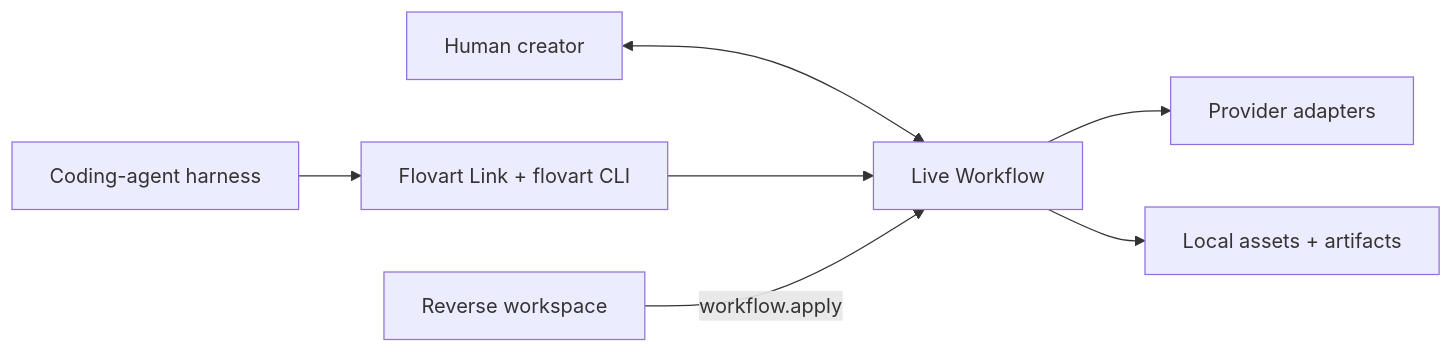
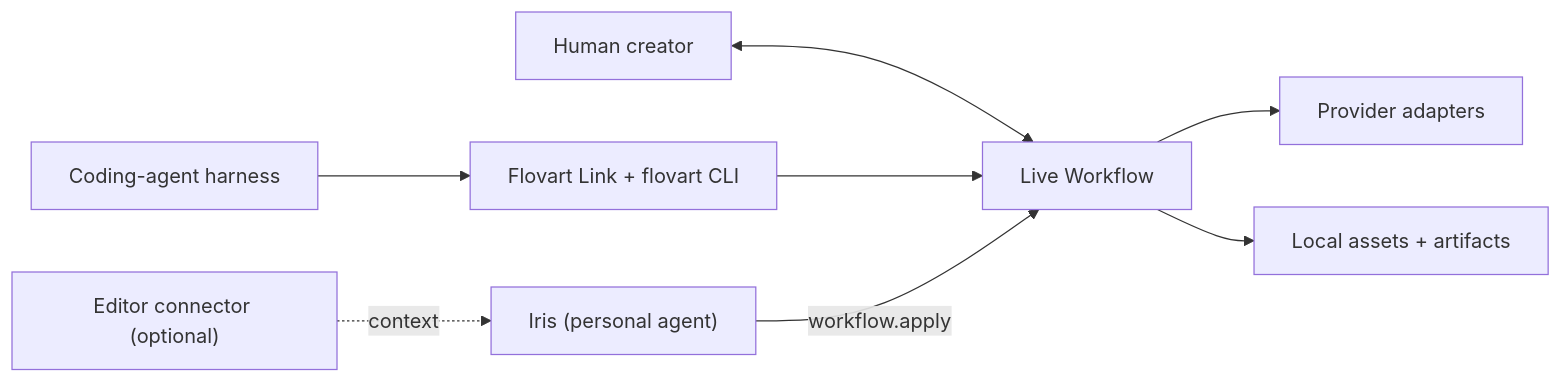
One commit to avabbbb/Flovart changed the diagram in README.md. Above: the diagram before and after it, drawn with Mermaid. The commit also changed other lines of this file and 13 other files, not shown here.

````diff
--- a/README.md
+++ b/README.md
@@ -171,9 +173,10 @@
 ```mermaid
 flowchart LR
   H["Human creator"] <--> W["Live Workflow"]
   A["Coding-agent harness"] --> L["Flovart Link + flovart CLI"]
   L --> W
   W --> P["Provider adapters"]
   W --> R["Local assets + artifacts"]
-  RV["Reverse workspace"] -->|"workflow.apply"| W
+  IR["Iris (personal agent)"] -->|"workflow.apply"| W
+  HC["Editor connector (optional)"] -.->|"context"| IR
 ```
````
